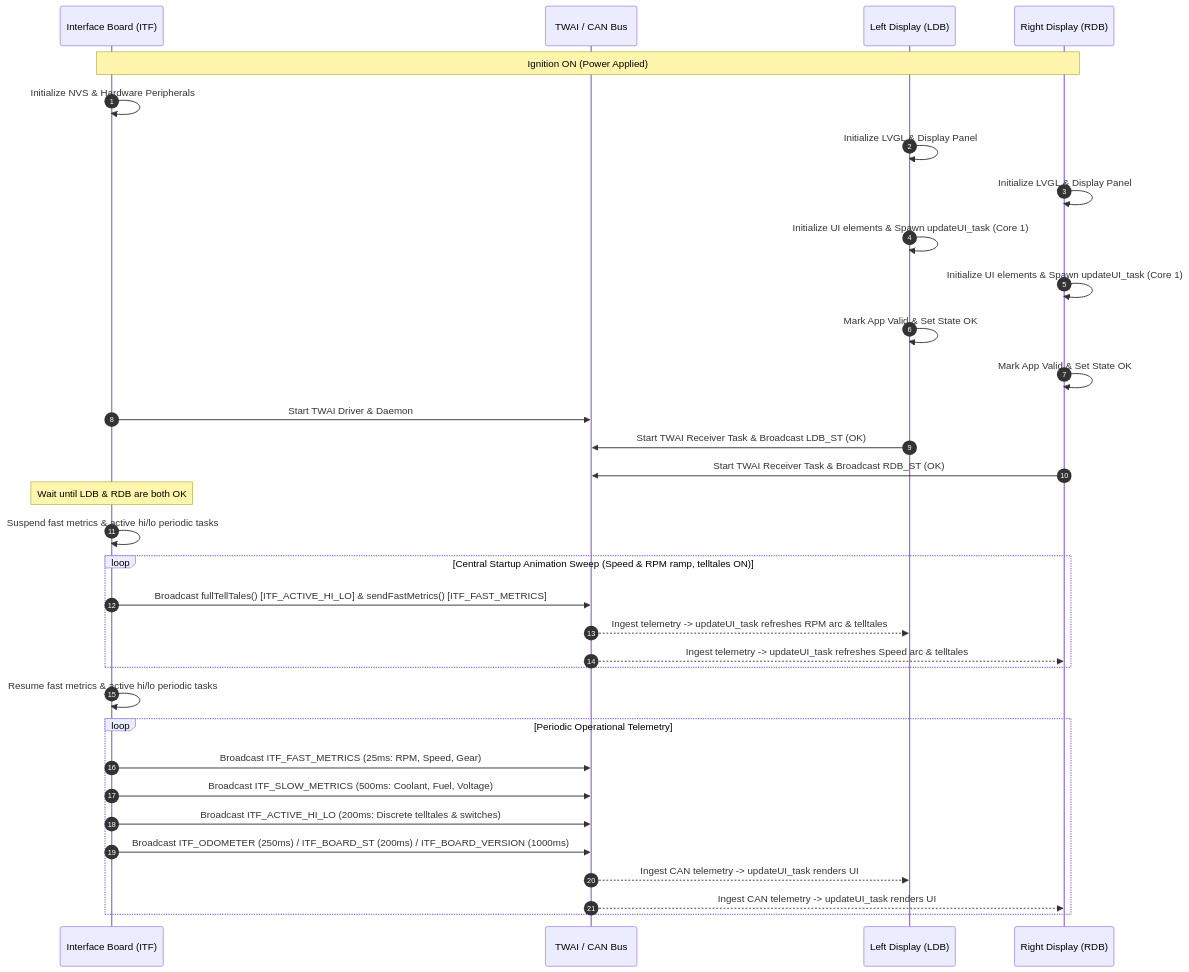
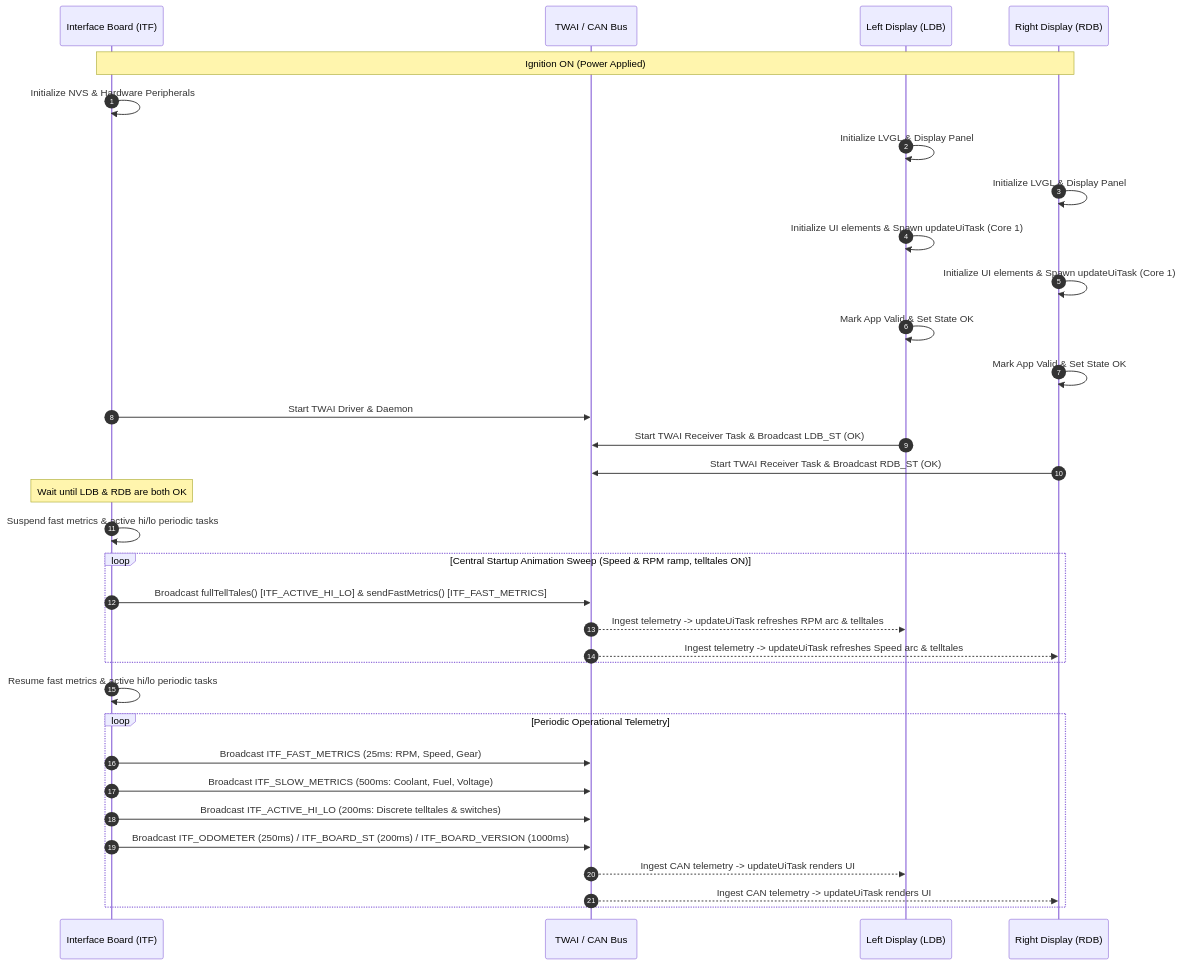
Before and after one commit to martinroger/vx-binocle-espidf: the first of 5 diagrams in docs/SCENARIOS.md, drawn with Mermaid. The commit also changed other lines of this file and 26 other files, not shown here.

````diff
--- a/docs/SCENARIOS.md
+++ b/docs/SCENARIOS.md
@@ -9,41 +9,41 @@
 ```mermaid
 sequenceDiagram
     autonumber
     participant ITF as Interface Board (ITF)
     participant CAN as TWAI / CAN Bus
     participant LDB as Left Display (LDB)
     participant RDB as Right Display (RDB)
 
     Note over ITF, RDB: Ignition ON (Power Applied)
     ITF->>ITF: Initialize NVS & Hardware Peripherals
     LDB->>LDB: Initialize LVGL & Display Panel
     RDB->>RDB: Initialize LVGL & Display Panel
     
-    LDB->>LDB: Initialize UI elements & Spawn updateUI_task (Core 1)
-    RDB->>RDB: Initialize UI elements & Spawn updateUI_task (Core 1)
+    LDB->>LDB: Initialize UI elements & Spawn updateUiTask (Core 1)
+    RDB->>RDB: Initialize UI elements & Spawn updateUiTask (Core 1)
 
     LDB->>LDB: Mark App Valid & Set State OK
     RDB->>RDB: Mark App Valid & Set State OK
 
     ITF->>CAN: Start TWAI Driver & Daemon
     LDB->>CAN: Start TWAI Receiver Task & Broadcast LDB_ST (OK)
     RDB->>CAN: Start TWAI Receiver Task & Broadcast RDB_ST (OK)
 
     Note over ITF: Wait until LDB & RDB are both OK
     ITF->>ITF: Suspend fast metrics & active hi/lo periodic tasks
     loop Central Startup Animation Sweep (Speed & RPM ramp, telltales ON)
         ITF->>CAN: Broadcast fullTellTales() [ITF_ACTIVE_HI_LO] & sendFastMetrics() [ITF_FAST_METRICS]
-        CAN-->>LDB: Ingest telemetry -> updateUI_task refreshes RPM arc & telltales
-        CAN-->>RDB: Ingest telemetry -> updateUI_task refreshes Speed arc & telltales
+        CAN-->>LDB: Ingest telemetry -> updateUiTask refreshes RPM arc & telltales
+        CAN-->>RDB: Ingest telemetry -> updateUiTask refreshes Speed arc & telltales
     end
     ITF->>ITF: Resume fast metrics & active hi/lo periodic tasks
 
     loop Periodic Operational Telemetry
         ITF->>CAN: Broadcast ITF_FAST_METRICS (25ms: RPM, Speed, Gear)
         ITF->>CAN: Broadcast ITF_SLOW_METRICS (500ms: Coolant, Fuel, Voltage)
         ITF->>CAN: Broadcast ITF_ACTIVE_HI_LO (200ms: Discrete telltales & switches)
         ITF->>CAN: Broadcast ITF_ODOMETER (250ms) / ITF_BOARD_ST (200ms) / ITF_BOARD_VERSION (1000ms)
-        CAN-->>LDB: Ingest CAN telemetry -> updateUI_task renders UI
-        CAN-->>RDB: Ingest CAN telemetry -> updateUI_task renders UI
+        CAN-->>LDB: Ingest CAN telemetry -> updateUiTask renders UI
+        CAN-->>RDB: Ingest CAN telemetry -> updateUiTask renders UI
     end
 ```
````
